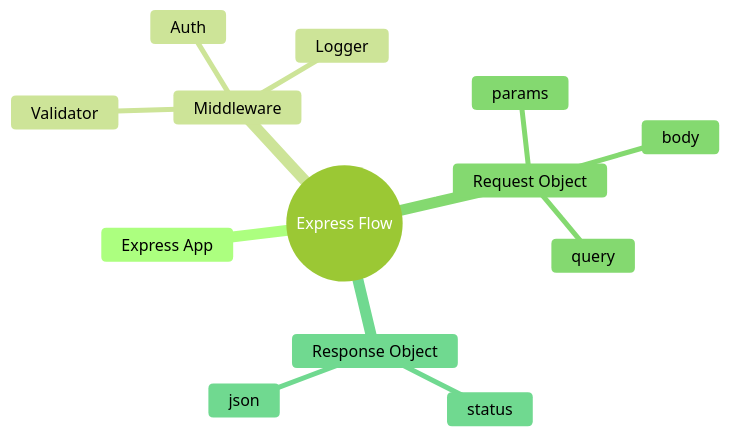
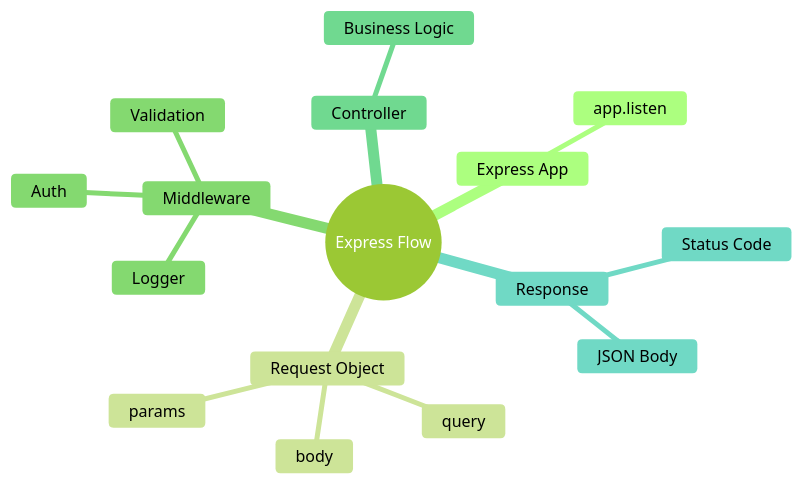
Before and after one commit to PrajwalAmbekar/Backend-Learning: the fourth of 4 diagrams in HTTP_Lifecycle/http_req_res_lifecycle.md, drawn with Mermaid (forest theme). The commit also changed other lines of this file, not shown here.

Commit message:
created the md file for http-request-response-lifecycle

````diff
--- a/HTTP_Lifecycle/http_req_res_lifecycle.md
+++ b/HTTP_Lifecycle/http_req_res_lifecycle.md
@@ -93,16 +146,19 @@
 ```mermaid
 mindmap
   root((Express Flow))
     Express App
-    Middleware
-      Auth
-      Logger
-      Validator
+      app.listen
     Request Object
       params
       query
       body
-    Response Object
-      status
-      json
+    Middleware
+      Auth
+      Validation
+      Logger
+    Controller
+      Business Logic
+    Response
+      Status Code
+      JSON Body
 ```
````
